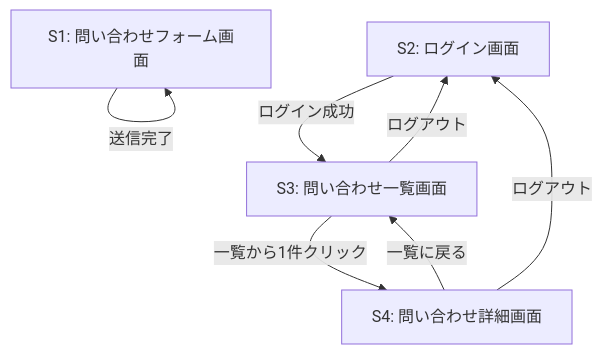
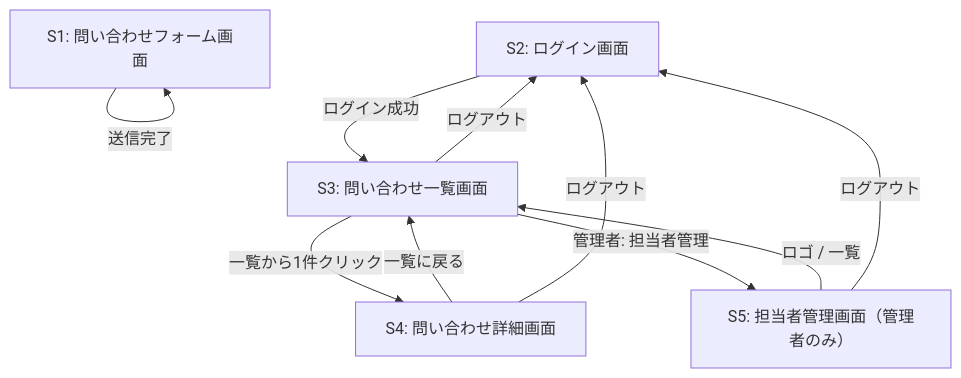
Before and after one commit to takahiromorikawa/InquiryManagement: the diagram in docs/screens.md, drawn with Mermaid. The commit also changed other lines of this file and 22 other files, not shown here.

````diff
--- a/docs/screens.md
+++ b/docs/screens.md
@@ -22,14 +23,18 @@
 ```mermaid
 flowchart TD
     S1[S1: 問い合わせフォーム画面]
     S2[S2: ログイン画面]
     S3[S3: 問い合わせ一覧画面]
     S4[S4: 問い合わせ詳細画面]
+    S5[S5: 担当者管理画面（管理者のみ）]
 
     S1 -->|送信完了| S1
     S2 -->|ログイン成功| S3
     S3 -->|一覧から1件クリック| S4
     S4 -->|一覧に戻る| S3
+    S3 -->|管理者: 担当者管理| S5
+    S5 -->|ロゴ / 一覧| S3
     S3 -->|ログアウト| S2
     S4 -->|ログアウト| S2
+    S5 -->|ログアウト| S2
 ```
````
